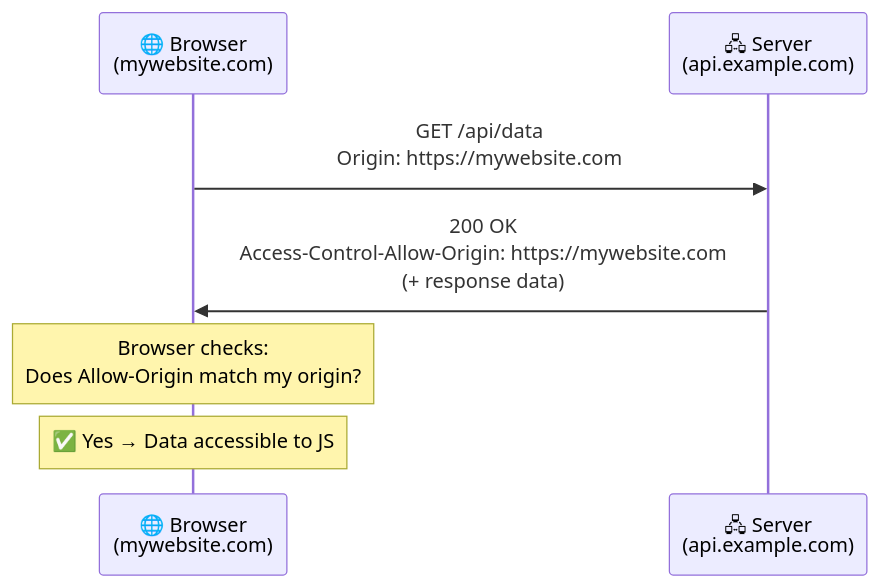
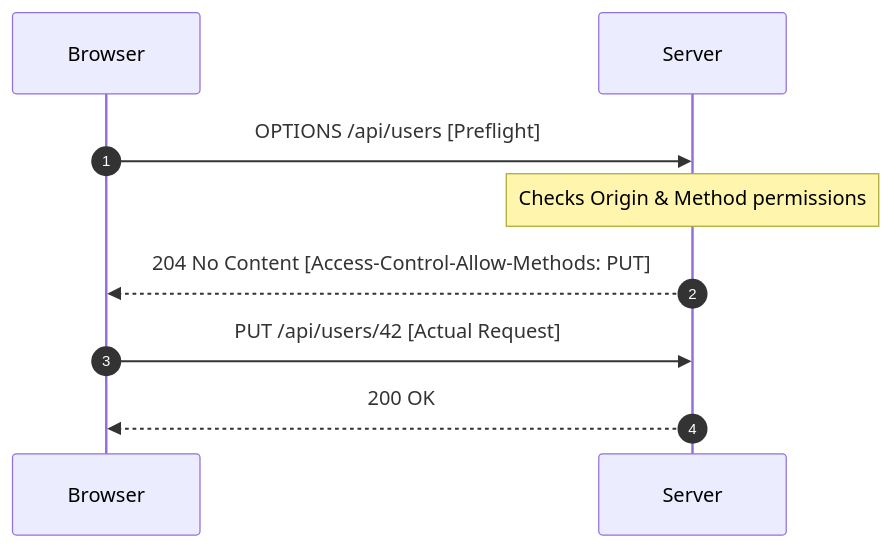
One commit to HarshitN87/Sriniously_backend_notes changed the second of 2 diagrams in 04_HTTP_Methods.md. Above: the diagram before and after it, drawn with Mermaid. The commit also changed other lines of this file and 26 other files, not shown here.

````diff
--- a/04_HTTP_Methods.md
+++ b/04_HTTP_Methods.md
@@ -143,10 +302,9 @@
 ```mermaid
 sequenceDiagram
-    participant B as 🌐 Browser<br/>(mywebsite.com)
-    participant S as 🖧 Server<br/>(api.example.com)
-
-    B->>S: GET /api/data<br/>Origin: https://mywebsite.com
-    S->>B: 200 OK<br/>Access-Control-Allow-Origin: https://mywebsite.com<br/>(+ response data)
-    Note over B: Browser checks:<br/>Does Allow-Origin match my origin?
-    Note over B: ✅ Yes → Data accessible to JS
+    autonumber
+    Browser->>Server: OPTIONS /api/users [Preflight]
+    Note over Server: Checks Origin & Method permissions
+    Server-->>Browser: 204 No Content [Access-Control-Allow-Methods: PUT]
+    Browser->>Server: PUT /api/users/42 [Actual Request]
+    Server-->>Browser: 200 OK
 ```
````
